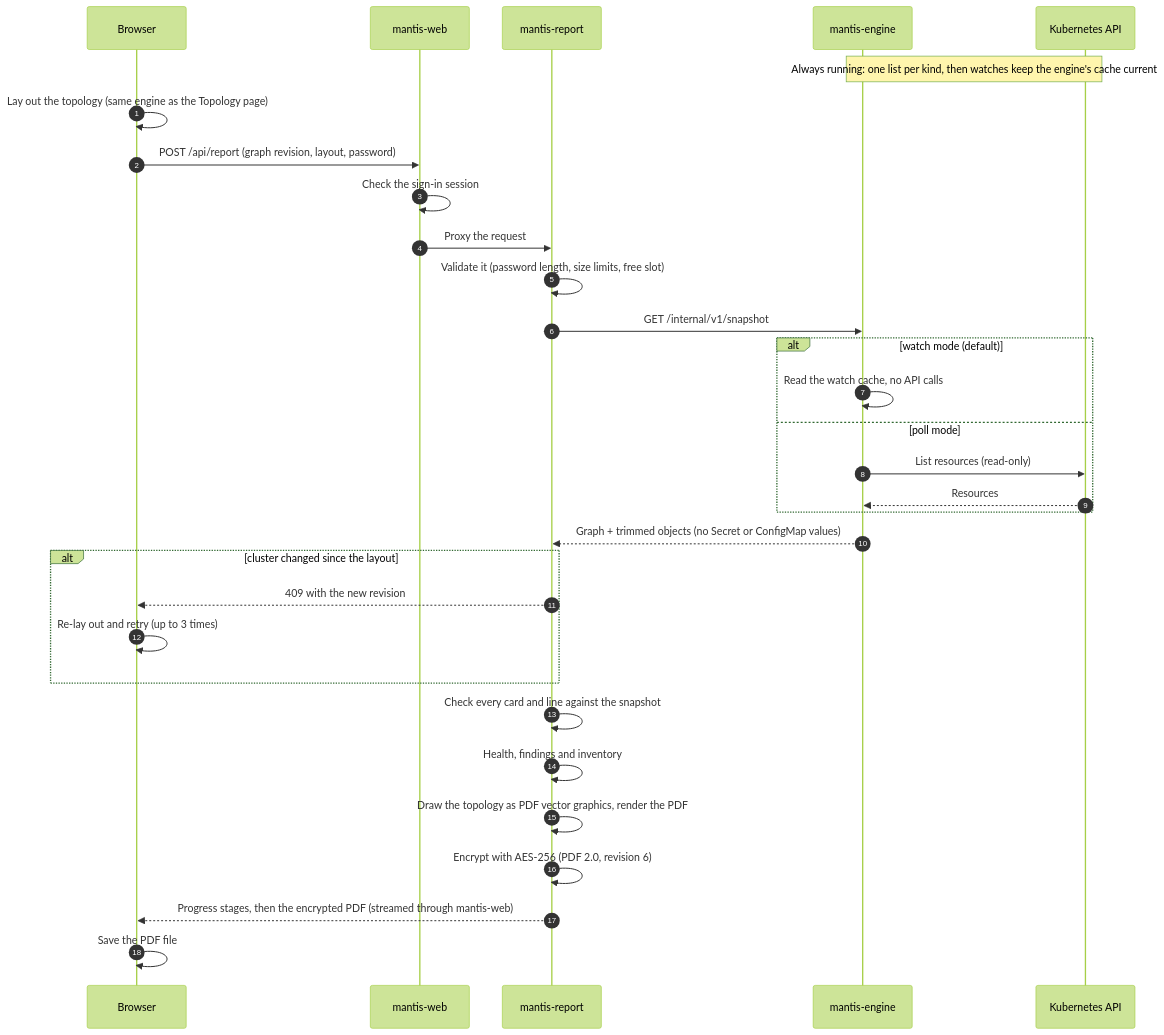
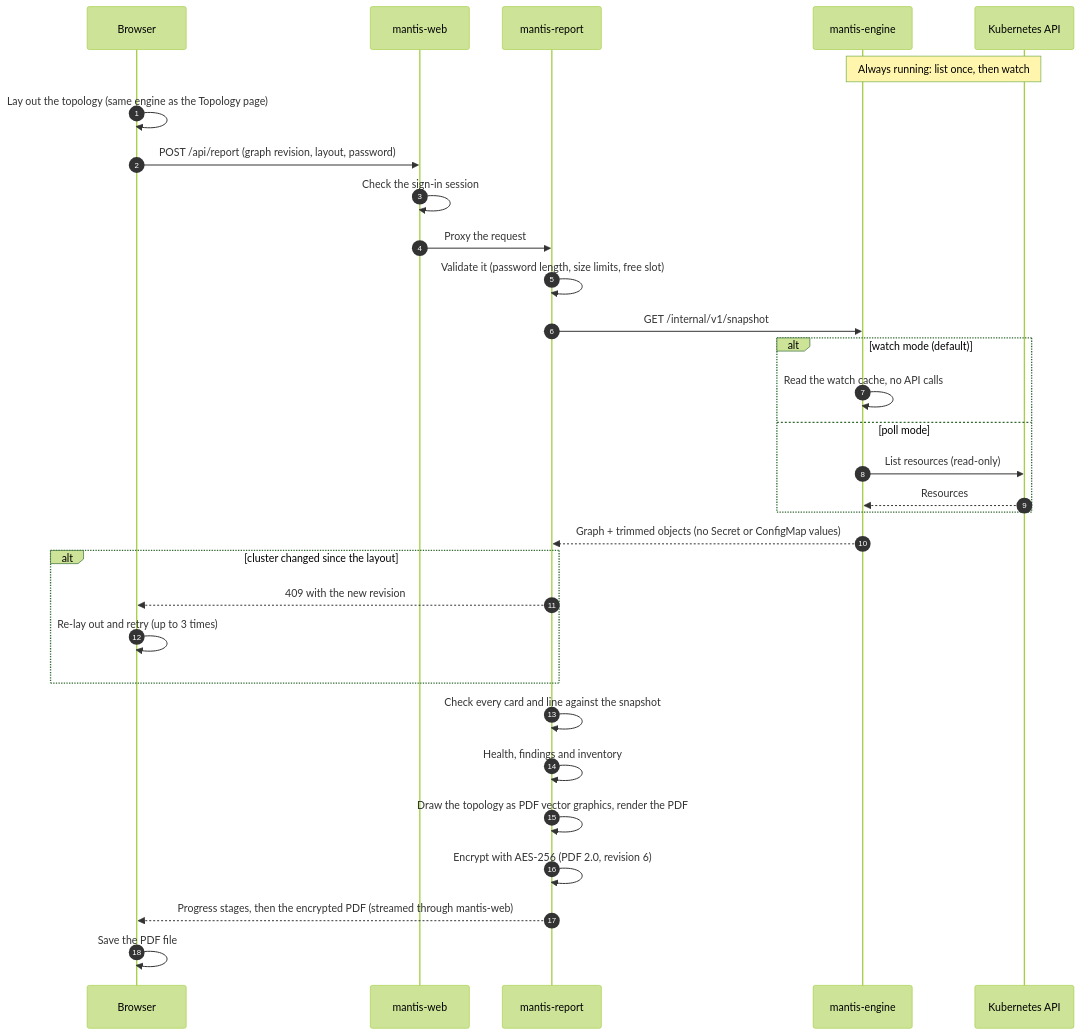
One commit to continuumx1/mantis changed the diagram in README.md. Above: the diagram before and after it, drawn with Mermaid (forest theme). The commit also changed 2 other files, not shown here.

Commit message:
docs: shorten the report diagram's watch note

````diff
--- a/README.md
+++ b/README.md
@@ -111,34 +111,34 @@
 ```mermaid
 sequenceDiagram
     autonumber
     participant B as Browser
     participant W as mantis-web
     participant R as mantis-report
     participant E as mantis-engine
     participant K as Kubernetes API
 
-    Note over E,K: Always running: one list per kind, then watches keep the engine's cache current
+    Note over E,K: Always running: list once, then watch
     B->>B: Lay out the topology (same engine as the Topology page)
     B->>W: POST /api/report (graph revision, layout, password)
     W->>W: Check the sign-in session
     W->>R: Proxy the request
     R->>R: Validate it (password length, size limits, free slot)
     R->>E: GET /internal/v1/snapshot
     alt watch mode (default)
         E->>E: Read the watch cache, no API calls
     else poll mode
         E->>K: List resources (read-only)
         K-->>E: Resources
     end
     E-->>R: Graph + trimmed objects (no Secret or ConfigMap values)
     alt cluster changed since the layout
         R-->>B: 409 with the new revision
         B->>B: Re-lay out and retry (up to 3 times)
     end
     R->>R: Check every card and line against the snapshot
     R->>R: Health, findings and inventory
     R->>R: Draw the topology as PDF vector graphics, render the PDF
     R->>R: Encrypt with AES-256 (PDF 2.0, revision 6)
     R-->>B: Progress stages, then the encrypted PDF (streamed through mantis-web)
     B->>B: Save the PDF file
 ```
````
